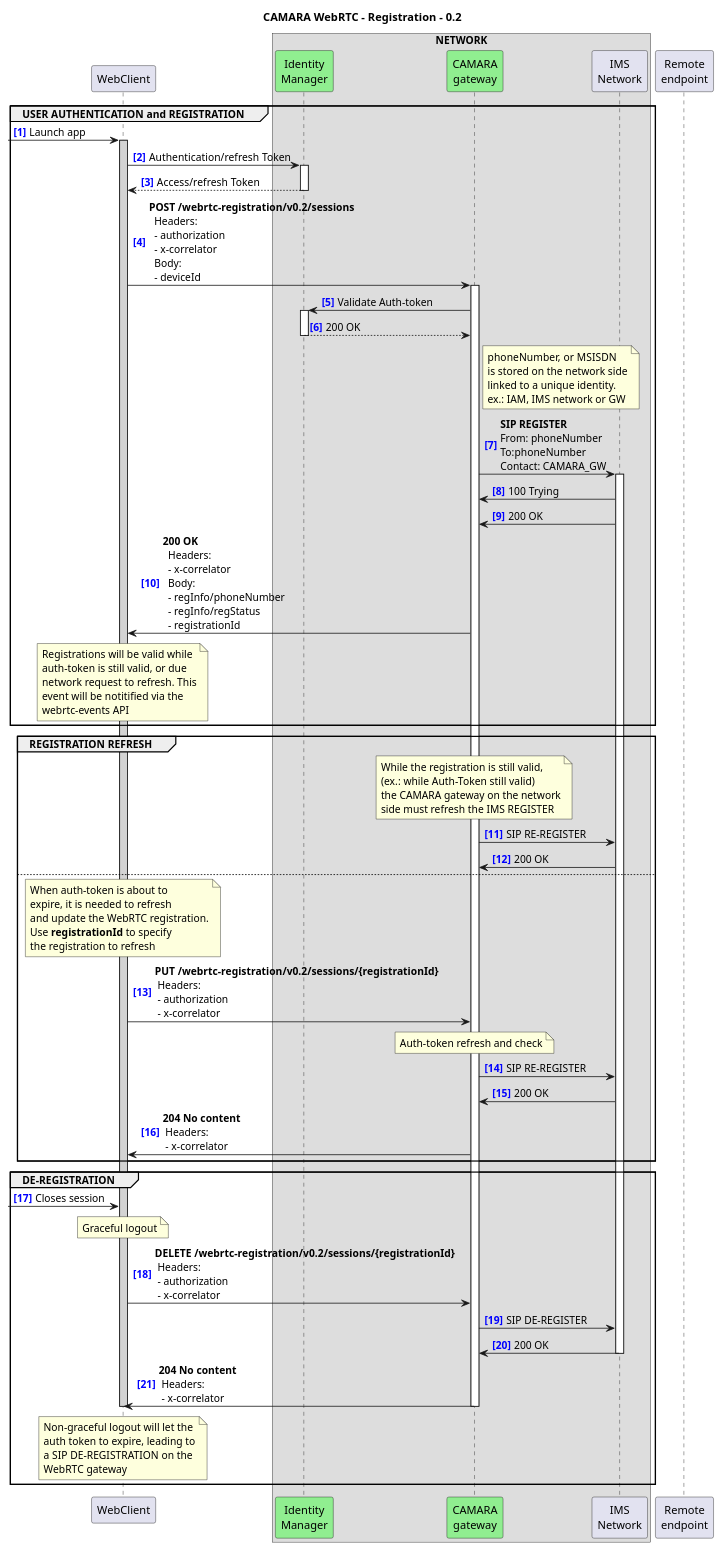
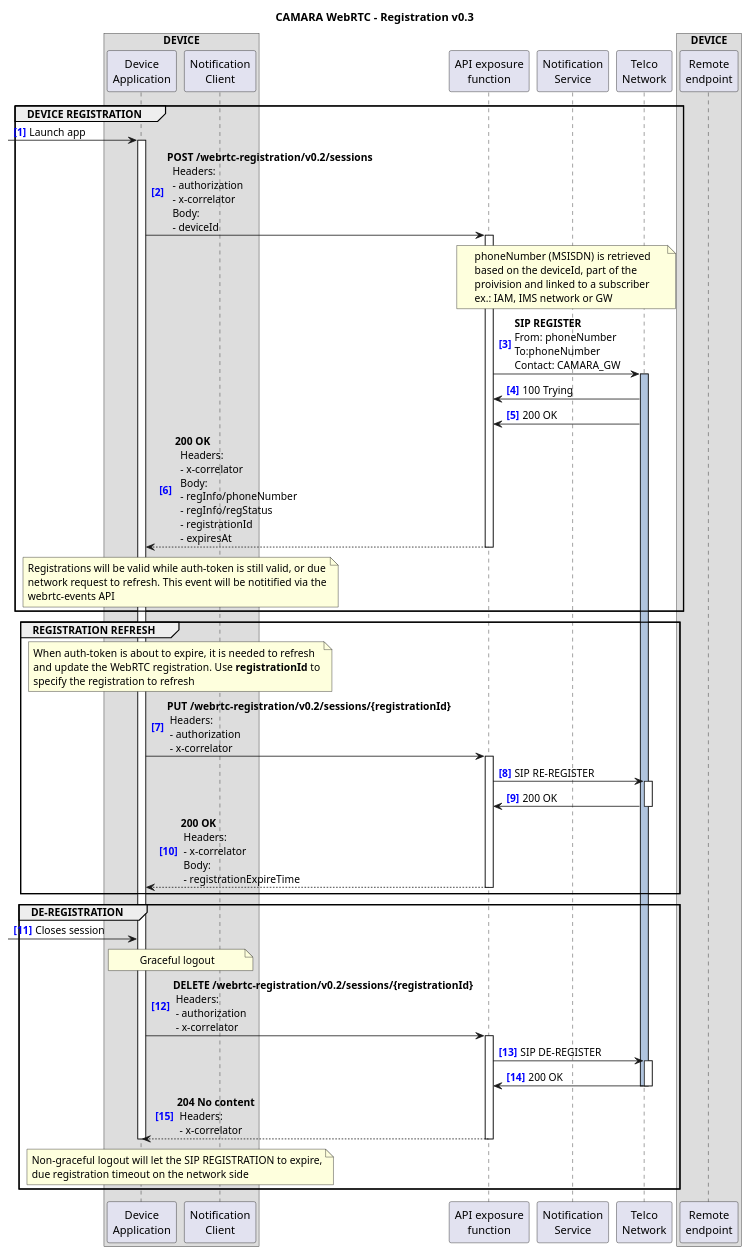
Before and after one commit to camaraproject/WebRTC: the diagram in documentation/API_documentation/uml-diagrams/WebRTC-Registration.wsd, drawn with PlantUML. The commit also changed 2 other files, not shown here.

Commit message:
doc: update registration after #83 pr merged

```diff
--- a/documentation/API_documentation/uml-diagrams/WebRTC-Registration.wsd
+++ b/documentation/API_documentation/uml-diagrams/WebRTC-Registration.wsd
@@ -1,128 +1,123 @@
-@startuml WebRTC-Registration-0.2
+@startuml WebRTC-Registration-0.3
 
-title "CAMARA WebRTC - Registration - 0.2"
+title "CAMARA WebRTC - Registration v0.3"
 autonumber "<font color=blue><b>[0]"
 
+<style>
+.audioStyle {
+  arrow {
+    LineColor red
+    LineThickness 5
+  }
+}
+.wsStyle { 
+  arrow { 
+    LineColor blue 
+    LineThickness 5 
+  } 
+} 
+</style>
 
-participant WebClient
-box NETWORK
-participant "Identity\nManager" as IAM #LightGreen
-participant "CAMARA\ngateway" as CAMARA_GW #LightGreen
-participant "IMS\nNetwork" as IMS_Network
+box DEVICE
+participant DA as "Device\nApplication"
+participant NC as "Notification\nClient"
 end box
-participant "Remote\nendpoint" as RemoteEndpoint
 
-' --- USER AUTHENTICATION and REGISTRATION
-group USER AUTHENTICATION and REGISTRATION
+' participant AGG as "Aggregator\nNetwork"
+participant API as "API exposure\nfunction"
+participant NS as "Notification\nService"
+participant NET as "Telco\nNetwork"
 
-[-> WebClient: Launch app
-activate WebClient #LightGray
+box DEVICE
+participant "Remote\nendpoint" as RE
+end box
 
-WebClient -> IAM: Authentication/refresh Token
-activate IAM
-return Access/refresh Token
-WebClient -> CAMARA_GW: **POST /webrtc-registration/v0.2/sessions**\n\
+' --- UE REGISTRATION
+group DEVICE REGISTRATION
+
+[-> DA ++: Launch app
+
+DA -> API ++: **POST /webrtc-registration/v0.2/sessions**\n\
   Headers: \n\
   - authorization \n\
   - x-correlator \n\
   Body: \n\
   - deviceId
-activate CAMARA_GW
 
-CAMARA_GW -> IAM: Validate Auth-token
-activate IAM
-return 200 OK
-
-note right CAMARA_GW
-  phoneNumber, or MSISDN
-  is stored on the network side
-  linked to a unique identity.
+note over API,NET
+  phoneNumber (MSISDN) is retrieved
+  based on the deviceId, part of the
+  proivision and linked to a subscriber
   ex.: IAM, IMS network or GW
 end note
 
-CAMARA_GW -> IMS_Network: **SIP REGISTER**\nFrom: phoneNumber\nTo:phoneNumber\nContact: CAMARA_GW
-activate IMS_Network
-IMS_Network -> CAMARA_GW: 100 Trying
-IMS_Network -> CAMARA_GW: 200 OK
-CAMARA_GW -> WebClient: **200 OK**\n\
+API -> NET: **SIP REGISTER**\nFrom: phoneNumber\nTo:phoneNumber\nContact: CAMARA_GW
+activate NET #LightSteelBlue
+API <- NET: 100 Trying
+API <- NET: 200 OK
+DA <-- API--: **200 OK**\n\
   Headers: \n\
   - x-correlator \n\
   Body:\n\
   - regInfo/phoneNumber\n\
   - regInfo/regStatus\n\
-  - registrationId
-note over WebClient
-  Registrations will be valid while
-  auth-token is still valid, or due
-  network request to refresh. This
-  event will be notitified via the
+  - registrationId \n\
+  - expiresAt
+note over DA, NC
+  Registrations will be valid while auth-token is still valid, or due
+  network request to refresh. This event will be notitified via the
   webrtc-events API
 end note
 end
 
 ' --- Refreshing of registration
 group REGISTRATION REFRESH
-  note over CAMARA_GW
-   While the registration is still valid,
-   (ex.: while Auth-Token still valid)
-   the CAMARA gateway on the network
-   side must refresh the IMS REGISTER
-  end note
-  CAMARA_GW -> IMS_Network: SIP RE-REGISTER
-  IMS_Network -> CAMARA_GW: 200 OK
 
-else
-note over WebClient
-  When auth-token is about to
-  expire, it is needed to refresh
-  and update the WebRTC registration.
-  Use **registrationId** to specify
-  the registration to refresh
+note over DA,NC
+  When auth-token is about to expire, it is needed to refresh
+  and update the WebRTC registration. Use **registrationId** to
+  specify the registration to refresh
 end note
-WebClient -> CAMARA_GW: **PUT /webrtc-registration/v0.2/sessions/{registrationId}** \n\
+
+DA -> API++: **PUT /webrtc-registration/v0.2/sessions/{registrationId}** \n\
  Headers: \n\
  - authorization \n\
  - x-correlator
 
-note over CAMARA_GW
-  Auth-token refresh and check
-end note
-CAMARA_GW -> IMS_Network: SIP RE-REGISTER
-IMS_Network -> CAMARA_GW: 200 OK
-CAMARA_GW -> WebClient: **204 No content**\n\
+API -> NET++: SIP RE-REGISTER
+API <- NET--: 200 OK
+DA <-- API--: **200 OK**\n\
  Headers: \n\
- - x-correlator
+ - x-correlator \n\
+ Body: \n\
+ - registrationExpireTime
 end
 
 ' --- DE-REGISTRATION
 group DE-REGISTRATION
 
-[-> WebClient: Closes session
+[-> DA: Closes session
 
-note over WebClient
-  Graceful logout
-end note
-WebClient -> CAMARA_GW: **DELETE /webrtc-registration/v0.2/sessions/{registrationId}** \n\
+note over DA, NC: Graceful logout
+
+DA -> API++: **DELETE /webrtc-registration/v0.2/sessions/{registrationId}** \n\
  Headers: \n\
  - authorization \n\
  - x-correlator
-CAMARA_GW -> IMS_Network: SIP DE-REGISTER
-IMS_Network -> CAMARA_GW: 200 OK
-deactivate IMS_Network
+API -> NET++: SIP DE-REGISTER
+API <- NET--: 200 OK
+deactivate NET
 
-CAMARA_GW -> WebClient: **204 No content**\n\
+DA <-- API--: **204 No content**\n\
  Headers: \n\
  - x-correlator
 
-deactivate CAMARA_GW      
-deactivate WebClient
+deactivate DA      
 
-note over WebClient
-  Non-graceful logout will let the
-  auth token to expire, leading to
-  a SIP DE-REGISTRATION on the
-  WebRTC gateway
+note over DA, NC
+  Non-graceful logout will let the SIP REGISTRATION to expire,
+  due registration timeout on the network side
 end note
 end 
 
 @enduml
```
